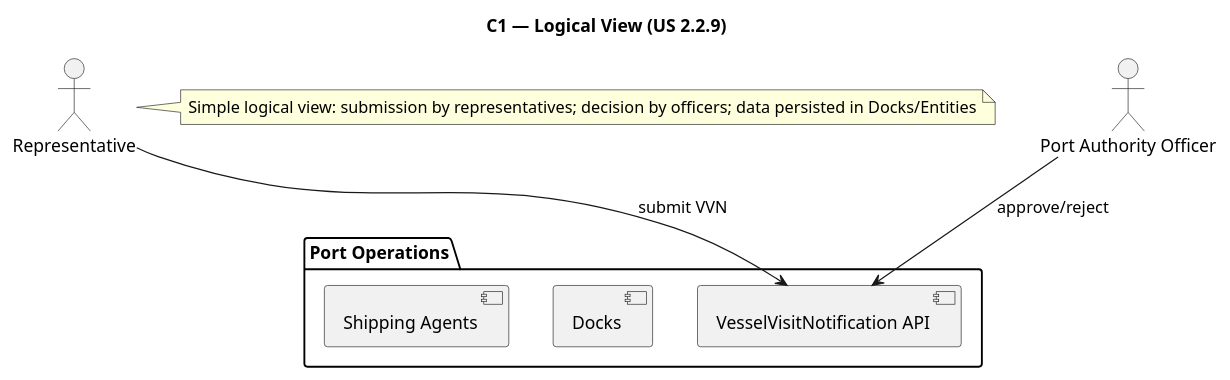
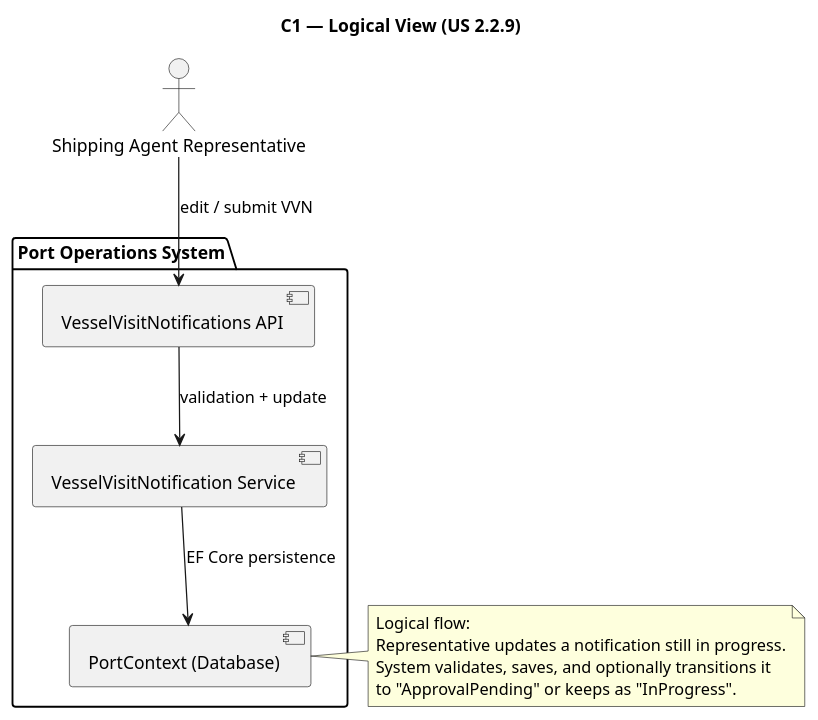
The diagram in Docs/Sprint A/US 2.2.9/Modelo C4/C1_Logica.puml (Departamento-de-Engenharia-Informatica/LEI-SEM5-PI-2025-26-3DM-03), drawn with PlantUML before and after one commit. The commit also changed other lines of this file and 12 other files, not shown here.

Commit message:
Refactor UML diagrams for Vessel Visit Notifications #10

```diff
--- a/Docs/Sprint A/US 2.2.9/Modelo C4/C1_Logica.puml
+++ b/Docs/Sprint A/US 2.2.9/Modelo C4/C1_Logica.puml
@@ -2,20 +1,22 @@
 @startuml C1_Logica
 title C1 — Logical View (US 2.2.9)
 
-package "Port Operations" {
-  [VesselVisitNotification API]
-  [Docks]
-  [Shipping Agents]
+actor "Shipping Agent Representative" as Rep
+
+package "Port Operations System" {
+  [VesselVisitNotifications API]
+  [VesselVisitNotification Service]
+  [PortContext (Database)]
 }
 
-actor "Port Authority Officer" as Officer
-actor "Representative" as Rep
-
-Rep --> [VesselVisitNotification API] : submit VVN
-Officer --> [VesselVisitNotification API] : approve/reject
+Rep --> [VesselVisitNotifications API] : edit / submit VVN
+[VesselVisitNotifications API] --> [VesselVisitNotification Service] : validation + update
+[VesselVisitNotification Service] --> [PortContext (Database)] : EF Core persistence
 
 note right
-Simple logical view: submission by representatives; decision by officers; data persisted in Docks/Entities
+Logical flow:
+Representative updates a notification still in progress.
+System validates, saves, and optionally transitions it
+to "ApprovalPending" or keeps as "InProgress".
 end note
-
 @enduml
```
